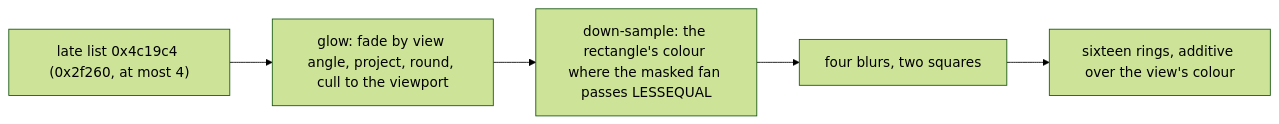
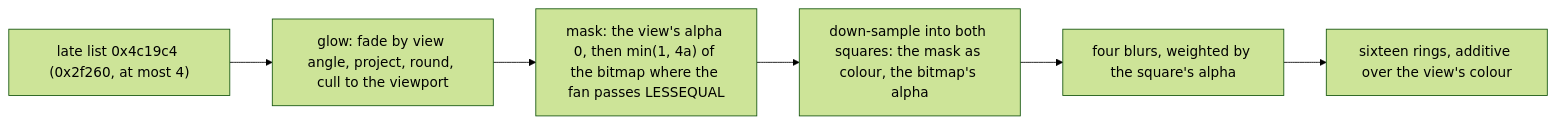
The third of 3 diagrams in docs/graphics/d3d-visibility.md (0xdeafcafe/h2r), drawn with Mermaid (forest theme) before and after one commit. The commit also changed other lines of this file and 3 other files, not shown here.

````diff
--- a/docs/graphics/d3d-visibility.md
+++ b/docs/graphics/d3d-visibility.md
@@ -110,7 +110,8 @@
 ```mermaid
 flowchart LR
   L["late list 0x4c19c4 (0x2f260, at most 4)"] --> G["glow: fade by view angle, project, round, cull to the viewport"]
-  G --> S["down-sample: the rectangle's colour where the masked fan passes LESSEQUAL"]
-  S --> B["four blurs, two squares"]
+  G --> M["mask: the view's alpha 0, then min(1, 4a) of the bitmap where the fan passes LESSEQUAL"]
+  M --> S["down-sample into both squares: the mask as colour, the bitmap's alpha"]
+  S --> B["four blurs, weighted by the square's alpha"]
   B --> C["sixteen rings, additive over the view's colour"]
 ```
````
